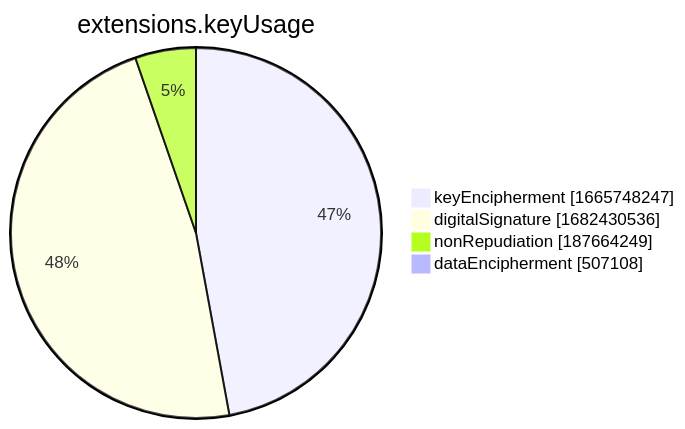
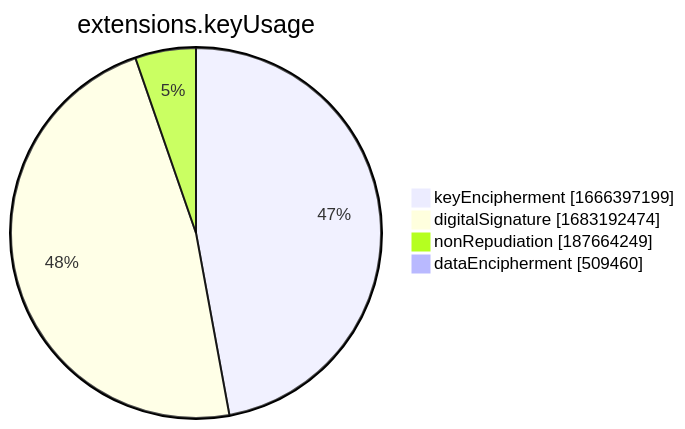
The seventh of 15 diagrams in xenon2022/README.md (christiankrug/ctmonitor_visualization), drawn with Mermaid before and after one commit. The commit also changed other lines of this file, not shown here.

````diff
--- a/xenon2022/README.md
+++ b/xenon2022/README.md
@@ -2857,8 +2857,8 @@
 ```mermaid
 pie showData
 title extensions.keyUsage
-"keyEncipherment" :1665748247
-"digitalSignature" :1682430536
+"keyEncipherment" :1666397199
+"digitalSignature" :1683192474
 "nonRepudiation" :187664249
-"dataEncipherment" :507108
+"dataEncipherment" :509460
 ```
````
